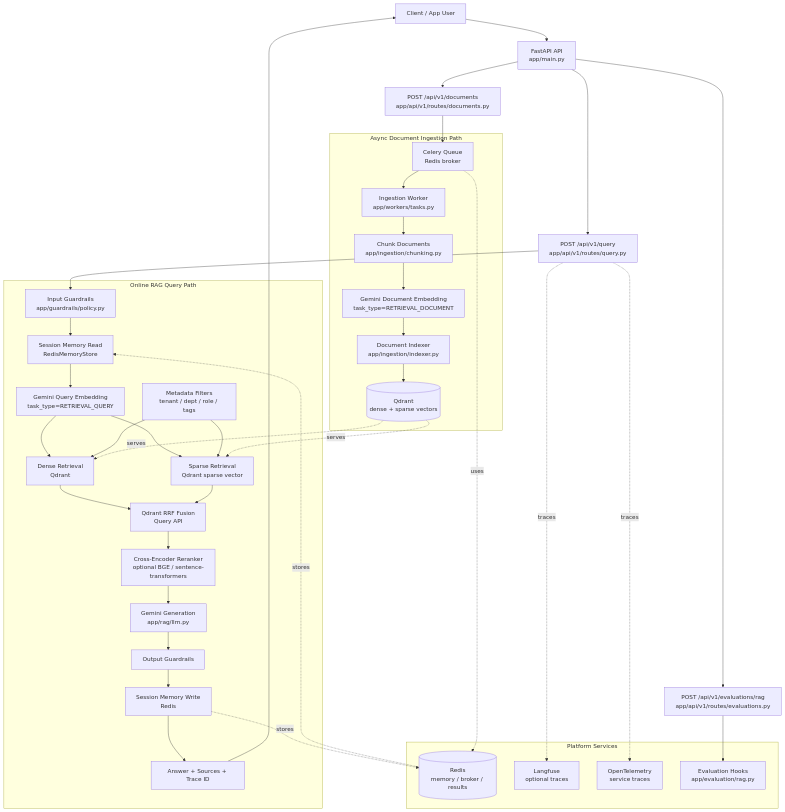
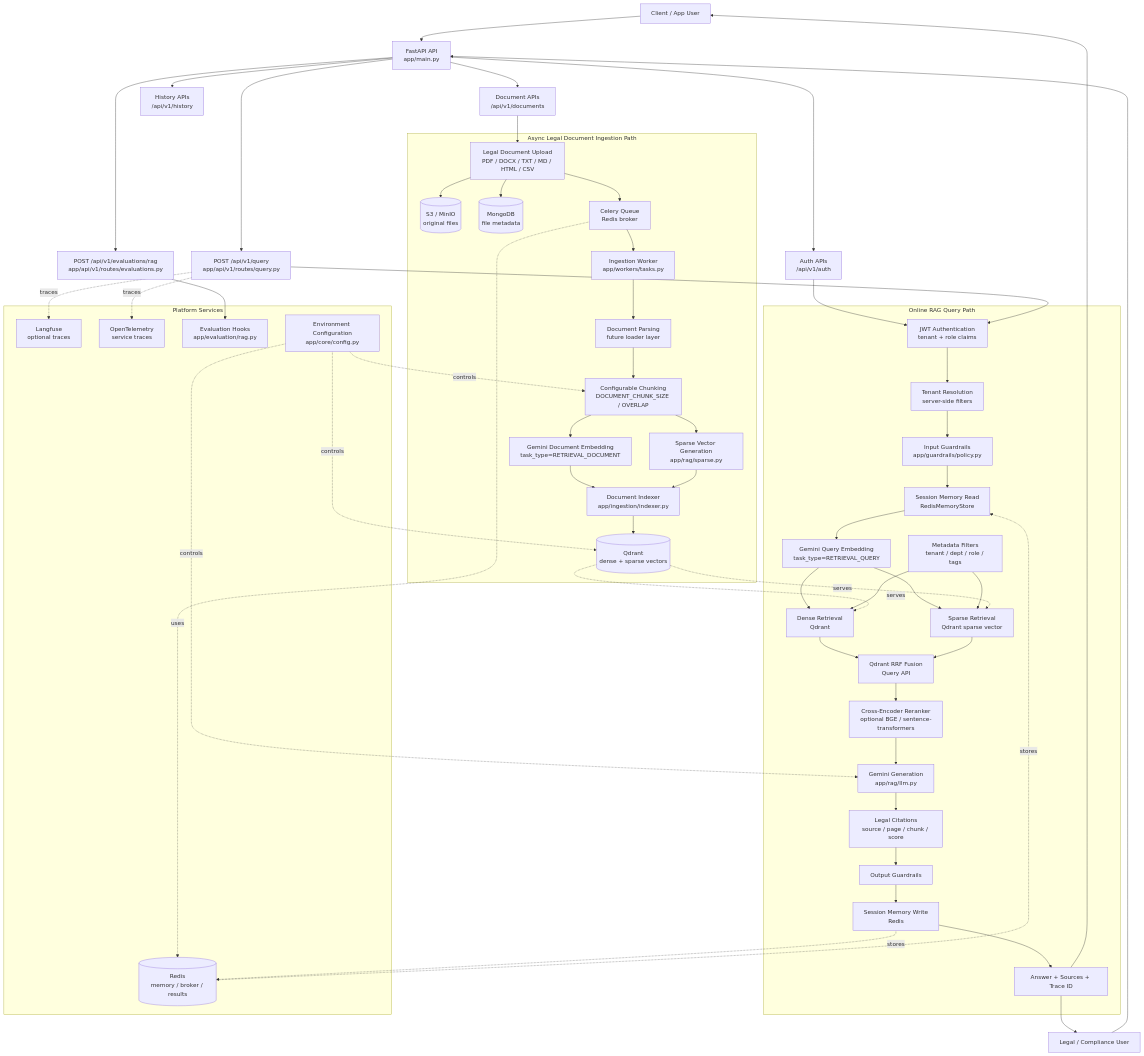
The diagram in docs/architecture.md (DevMittal1/Prod-RAG), drawn with Mermaid before and after one commit. The commit also changed other lines of this file and 28 other files, not shown here.

````diff
--- a/docs/architecture.md
+++ b/docs/architecture.md
@@ -5,12 +5,17 @@
 ```mermaid
 flowchart TB
     user[Client / App User]
+    legalUser[Legal / Compliance User]
     api[FastAPI API<br/>app/main.py]
+    authRoute[Auth APIs<br/>/api/v1/auth]
     queryRoute[POST /api/v1/query<br/>app/api/v1/routes/query.py]
-    ingestRoute[POST /api/v1/documents<br/>app/api/v1/routes/documents.py]
+    ingestRoute[Document APIs<br/>/api/v1/documents]
     evalRoute[POST /api/v1/evaluations/rag<br/>app/api/v1/routes/evaluations.py]
+    historyRoute[History APIs<br/>/api/v1/history]
 
     subgraph QueryPath[Online RAG Query Path]
+        auth[JWT Authentication<br/>tenant + role claims]
+        tenant[Tenant Resolution<br/>server-side filters]
         guardIn[Input Guardrails<br/>app/guardrails/policy.py]
         memoryRead[Session Memory Read<br/>RedisMemoryStore]
         queryEmbed[Gemini Query Embedding<br/>task_type=RETRIEVAL_QUERY]
@@ -20,16 +25,22 @@
         fusion[Qdrant RRF Fusion<br/>Query API]
         rerank[Cross-Encoder Reranker<br/>optional BGE / sentence-transformers]
         llm[Gemini Generation<br/>app/rag/llm.py]
+        citations[Legal Citations<br/>source / page / chunk / score]
         guardOut[Output Guardrails]
         memoryWrite[Session Memory Write<br/>Redis]
         response[Answer + Sources + Trace ID]
     end
 
-    subgraph IngestionPath[Async Document Ingestion Path]
+    subgraph IngestionPath[Async Legal Document Ingestion Path]
+        upload[Legal Document Upload<br/>PDF / DOCX / TXT / MD / HTML / CSV]
+        storage[(S3 / MinIO<br/>original files)]
+        metadata[(MongoDB<br/>file metadata)]
         celery[Celery Queue<br/>Redis broker]
         worker[Ingestion Worker<br/>app/workers/tasks.py]
-        chunker[Chunk Documents<br/>app/ingestion/chunking.py]
+        parser[Document Parsing<br/>future loader layer]
+        chunker[Configurable Chunking<br/>DOCUMENT_CHUNK_SIZE / OVERLAP]
         docEmbed[Gemini Document Embedding<br/>task_type=RETRIEVAL_DOCUMENT]
+        lexical[Sparse Vector Generation<br/>app/rag/sparse.py]
         indexer[Document Indexer<br/>app/ingestion/indexer.py]
         qdrant[(Qdrant<br/>dense + sparse vectors)]
     end
@@ -39,14 +50,21 @@
         langfuse[Langfuse<br/>optional traces]
         otel[OpenTelemetry<br/>service traces]
         evals[Evaluation Hooks<br/>app/evaluation/rag.py]
+        config[Environment Configuration<br/>app/core/config.py]
     end
 
     user --> api
+    legalUser --> api
+    api --> authRoute
     api --> queryRoute
     api --> ingestRoute
     api --> evalRoute
+    api --> historyRoute
 
-    queryRoute --> guardIn
+    authRoute --> auth
+    queryRoute --> auth
+    auth --> tenant
+    tenant --> guardIn
     guardIn --> memoryRead
     memoryRead --> queryEmbed
     queryEmbed --> dense
@@ -57,16 +75,24 @@
     sparse --> fusion
     fusion --> rerank
     rerank --> llm
-    llm --> guardOut
+    llm --> citations
+    citations --> guardOut
     guardOut --> memoryWrite
     memoryWrite --> response
     response --> user
+    response --> legalUser
 
-    ingestRoute --> celery
+    ingestRoute --> upload
+    upload --> storage
+    upload --> metadata
+    upload --> celery
     celery --> worker
-    worker --> chunker
+    worker --> parser
+    parser --> chunker
     chunker --> docEmbed
+    chunker --> lexical
     docEmbed --> indexer
+    lexical --> indexer
     indexer --> qdrant
 
     qdrant -. serves .-> dense
@@ -78,4 +104,7 @@
     queryRoute -. traces .-> langfuse
     queryRoute -. traces .-> otel
     evalRoute --> evals
+    config -. controls .-> chunker
+    config -. controls .-> llm
+    config -. controls .-> qdrant
 ```
````
